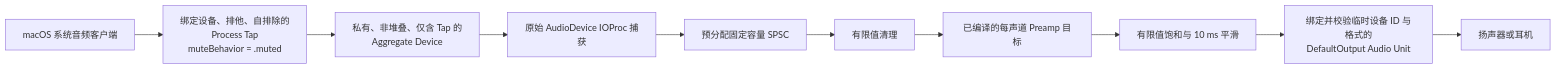
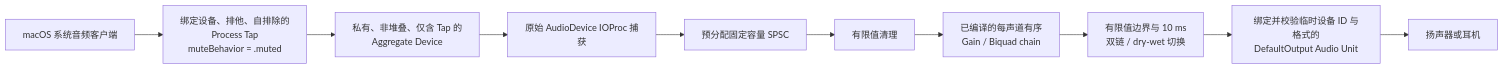
The second of 10 diagrams in docs/architecture.md (crmmc/EqualizerAU), drawn with Mermaid before and after one commit. The commit also changed other lines of this file and 25 other files, not shown here.

Commit message:
feat: implement M2 graphic equalizer

````diff
--- a/docs/architecture.md
+++ b/docs/architecture.md
@@ -83,15 +86,15 @@
 ```mermaid
 flowchart LR
     A[macOS 系统音频客户端]
     B[绑定设备、排他、自排除的<br/>Process Tap<br/>muteBehavior = .muted]
     C[私有、非堆叠、仅含 Tap 的<br/>Aggregate Device]
     D[原始 AudioDevice IOProc 捕获]
     E[预分配固定容量 SPSC]
     F[有限值清理]
-    G[已编译的每声道 Preamp 目标]
-    H[有限值饱和与 10 ms 平滑]
+    G[已编译的每声道有序<br/>Gain / Biquad chain]
+    H[有限值边界与 10 ms<br/>双链 / dry-wet 切换]
     I[绑定并校验临时设备 ID 与格式的<br/>DefaultOutput Audio Unit]
     J[扬声器或耳机]
 
     A --> B --> C --> D --> E --> F --> G --> H --> I --> J
 ```
````
